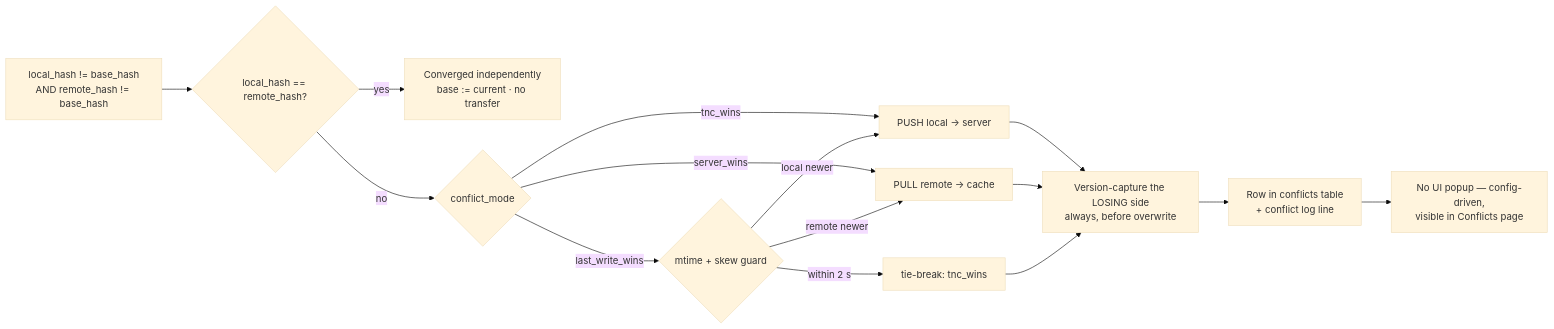
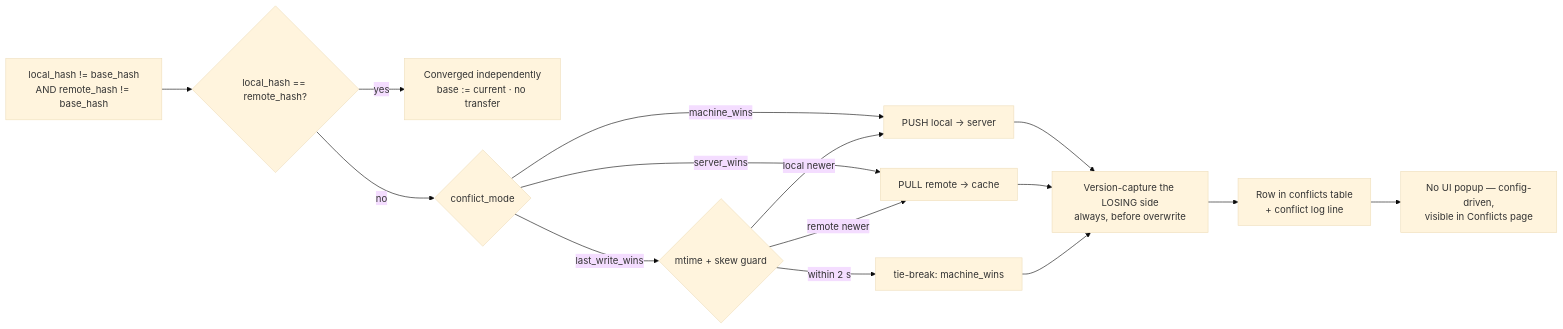
The fourth of 6 diagrams in docs/ARCHITECTURE.md (hsh36/cnc-network-bridge), drawn with Mermaid (base theme) before and after one commit. The commit also changed other lines of this file and 154 other files, not shown here.

````diff
--- a/docs/ARCHITECTURE.md
+++ b/docs/ARCHITECTURE.md
@@ -213,15 +213,15 @@
 ```mermaid
 flowchart LR
   A["local_hash != base_hash<br/>AND remote_hash != base_hash"] --> B{"local_hash == remote_hash?"}
   B -->|yes| C["Converged independently<br/>base := current · no transfer"]
   B -->|no| D{conflict_mode}
-  D -->|tnc_wins| E["PUSH local → server"]
+  D -->|machine_wins| E["PUSH local → server"]
   D -->|server_wins| F["PULL remote → cache"]
   D -->|last_write_wins| G{"mtime + skew guard"}
   G -->|local newer| E
   G -->|remote newer| F
-  G -->|"within 2 s"| H["tie-break: tnc_wins"]
+  G -->|"within 2 s"| H["tie-break: machine_wins"]
   E & F & H --> I["Version-capture the LOSING side<br/>always, before overwrite"]
   I --> J["Row in conflicts table<br/>+ conflict log line"]
   J --> K["No UI popup — config-driven,<br/>visible in Conflicts page"]
 ```
````
